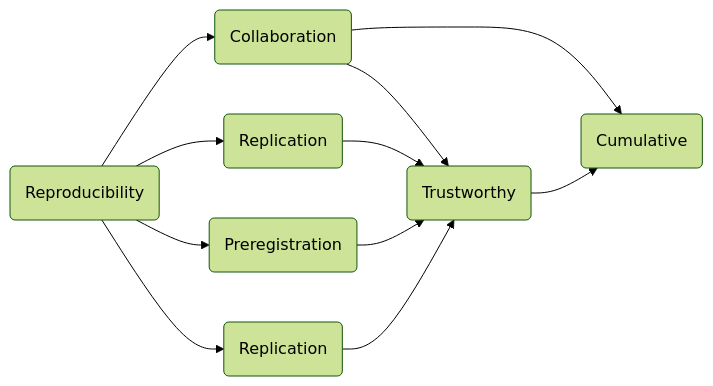
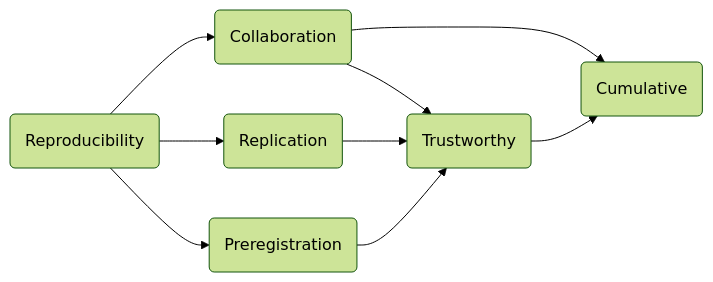
The diagram in presentation.qmd (aaronpeikert/repro-talk), drawn with Mermaid before and after one commit.

Commit message:
remove 2nd replication

````diff
--- a/presentation.qmd
+++ b/presentation.qmd
@@ -293,22 +293,18 @@
 ```{mermaid}
 %%| fig-width: '100%'
 %%| fig-height: '100%'
 %%{init: {'theme':'forest'}}%%
 flowchart LR
 
-    R(Reproducibility)
-    R --> C(Collaboration)
-
-
+  R(Reproducibility)
+  R --> C(Collaboration)
   R --> X(Replication)
   R --> Y(Preregistration)
-  R --> Z(Replication)
   T(Trustworthy)
 
   X --> T
   Y --> T
-  Z --> T
   C --> Cu(Cumulative)
   T --> Cu
   C --> T
 ```
````
